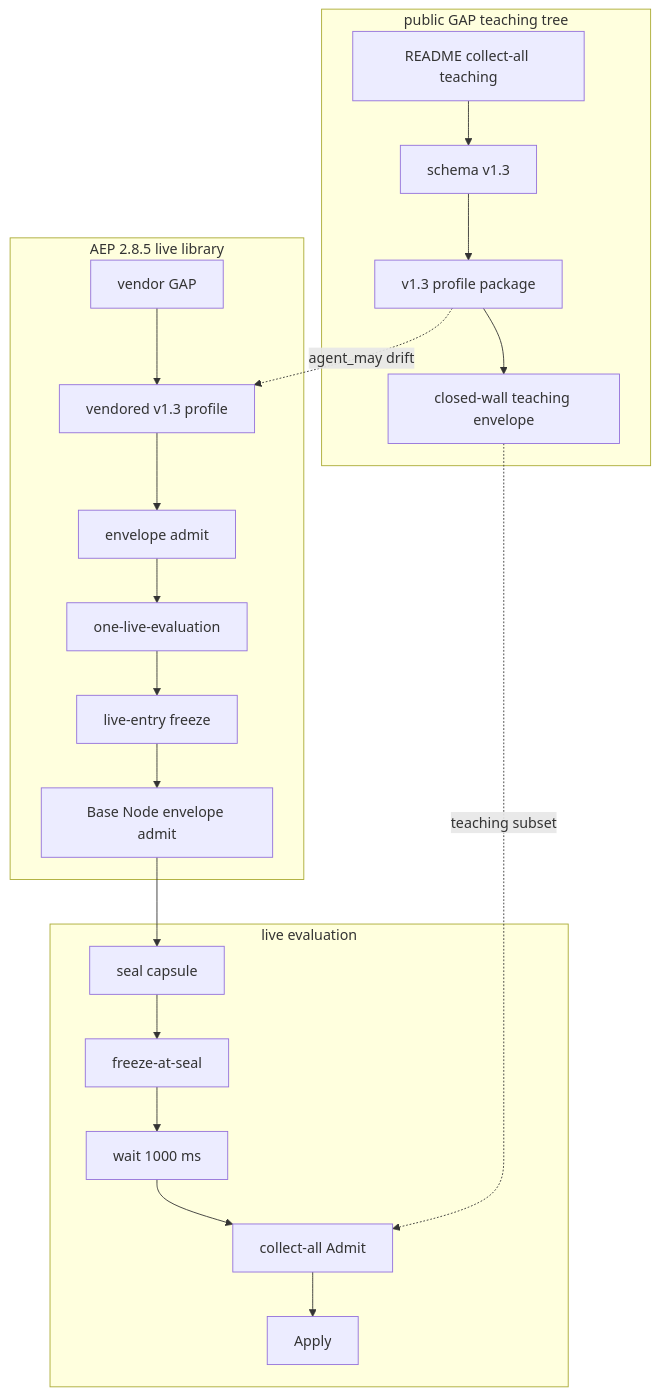
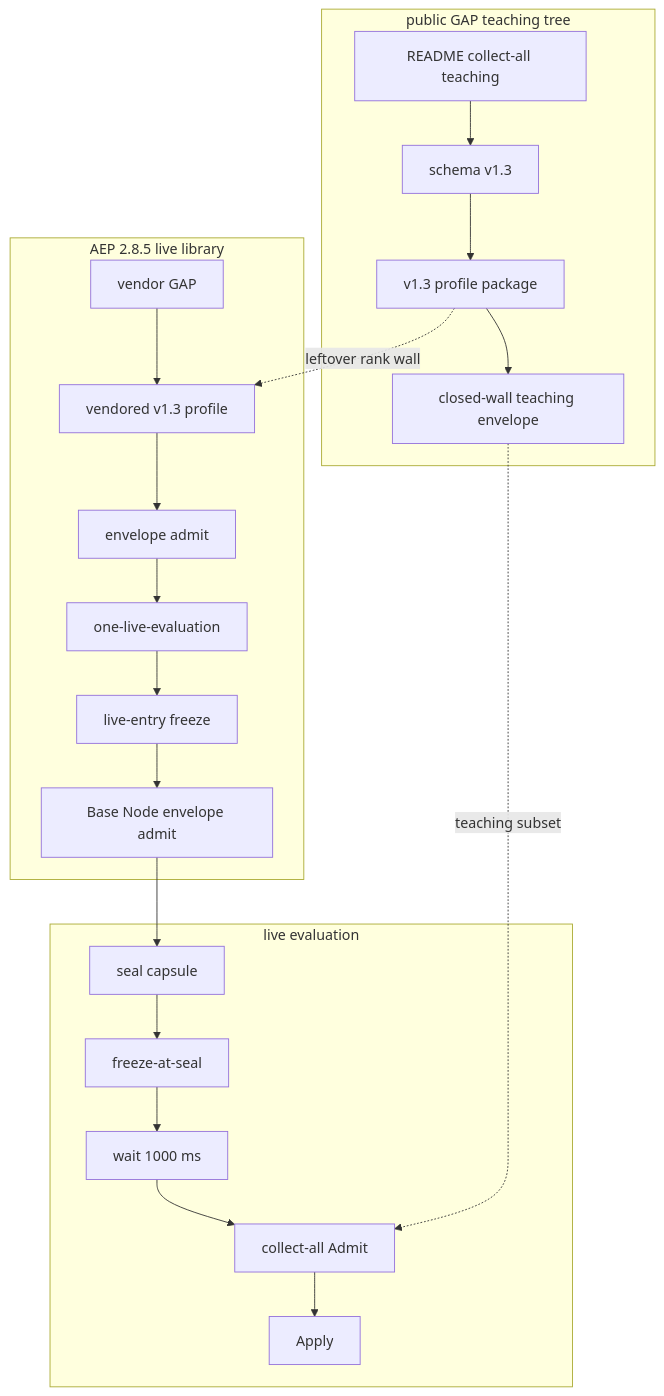
Before and after one commit to thePM001/GAP: the first of 2 diagrams in docs/GAP-OSS-AEP-285-COMPLIANCE-AND-ENVELOPE.md, drawn with Mermaid. The commit also changed other lines of this file, not shown here.

Commit message:
Name agent_permission on public docs and fixtures.

````diff
--- a/docs/GAP-OSS-AEP-285-COMPLIANCE-AND-ENVELOPE.md
+++ b/docs/GAP-OSS-AEP-285-COMPLIANCE-AND-ENVELOPE.md
@@ -44,39 +44,39 @@
 ```mermaid
 flowchart TB
   subgraph GAPOSS[public GAP teaching tree]
     README[README collect-all teaching]
     SCH[schema v1.3]
     PROF[v1.3 profile package]
     CWD[closed-wall teaching envelope]
   end
   subgraph AEPLIB[AEP 2.8.5 live library]
     VEND[vendor GAP]
     PROF2[vendored v1.3 profile]
     ENV[envelope admit]
     OLE[one-live-evaluation]
     LE[live-entry freeze]
     BN[Base Node envelope admit]
   end
   subgraph LIVE[live evaluation]
     SEAL[seal capsule]
     FREEZE[freeze-at-seal]
     WAIT[wait 1000 ms]
     COLLECT[collect-all Admit]
     APPLY[Apply]
   end
   README --> SCH
   SCH --> PROF
   PROF --> CWD
   VEND --> PROF2
   PROF2 --> ENV
   ENV --> OLE
   OLE --> LE
   LE --> BN
   BN --> SEAL
   SEAL --> FREEZE
   FREEZE --> WAIT
   WAIT --> COLLECT
   COLLECT --> APPLY
   CWD -.->|teaching subset| COLLECT
-  PROF -.->|agent_may drift| PROF2
+  PROF -.->|leftover rank wall| PROF2
 ```
````
